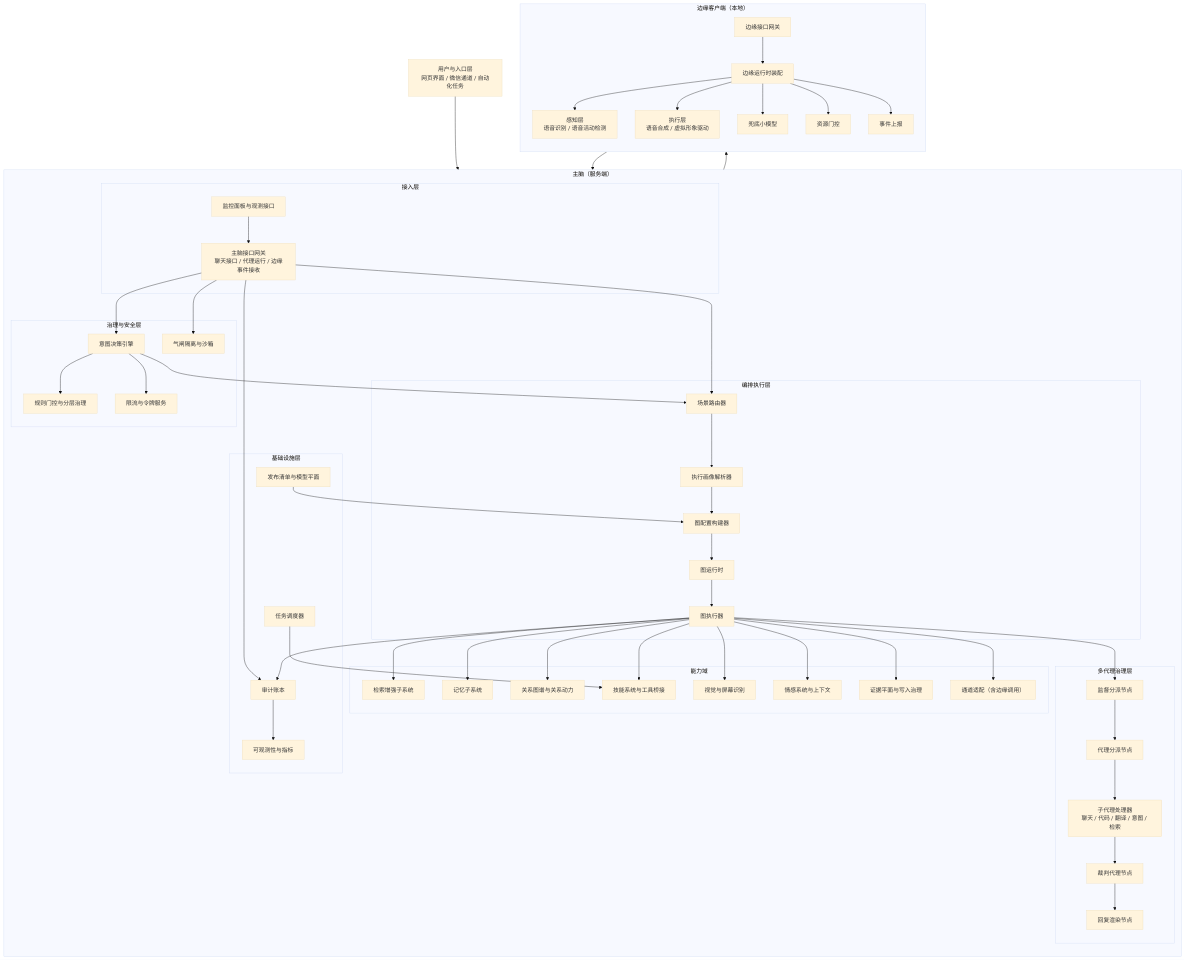
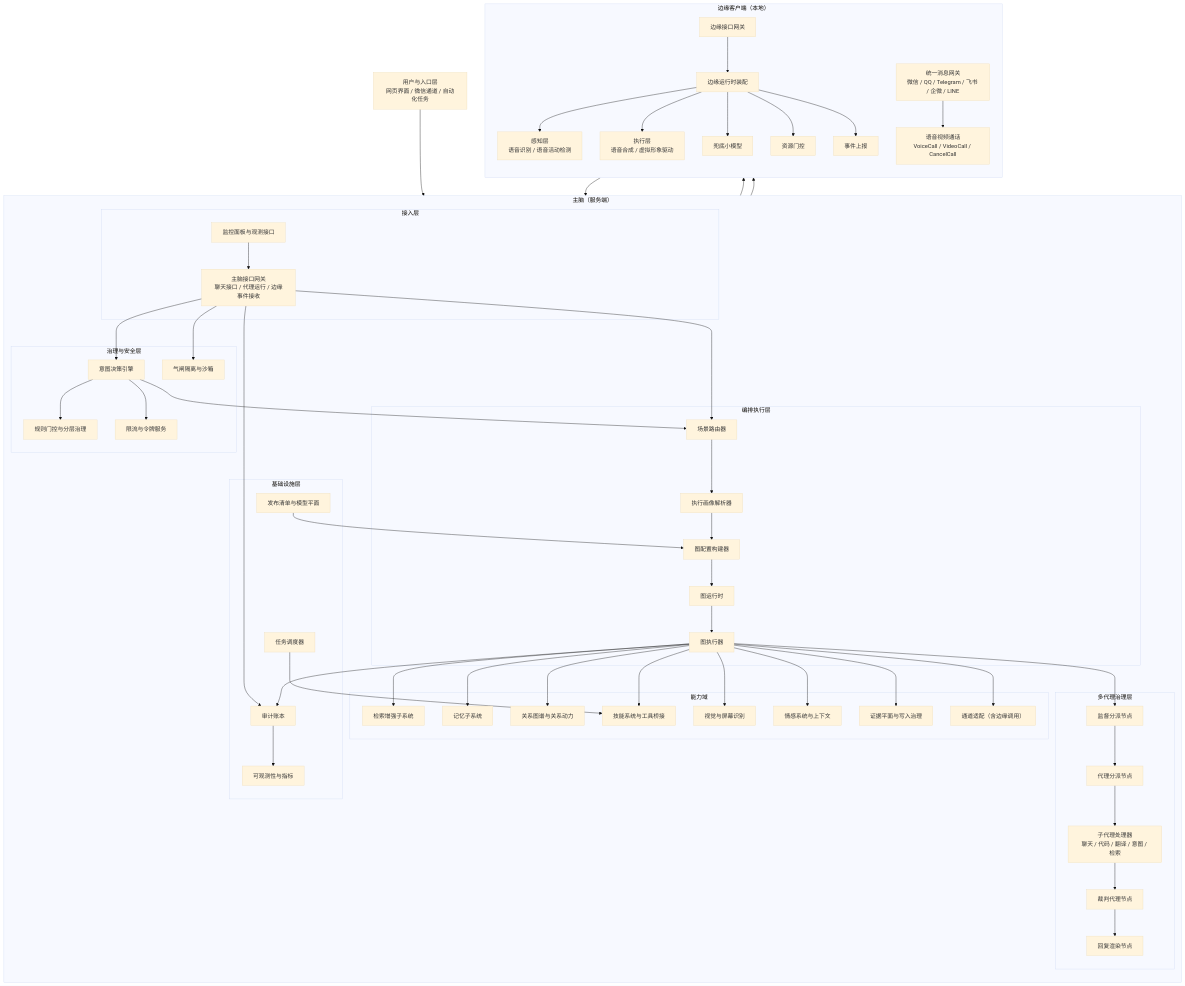
One commit to SakuraYoruno/Natsume_Ai changed the diagram in README.md. Above: the diagram before and after it, drawn with Mermaid (base theme). The commit also changed other lines of this file, not shown here.

````diff
--- a/README.md
+++ b/README.md
@@ -121,6 +124,8 @@
         EFALL["兜底小模型"]
         EGATE["资源门控"]
         EREPORT["事件上报"]
+        EGWAY["统一消息网关<br/>微信 / QQ / Telegram / 飞书 / 企微 / LINE"]
+        ECALL["语音视频通话<br/>VoiceCall / VideoCall / CancelCall"]
     end
 
     USER --> HAPI
@@ -147,11 +152,13 @@
     SCHED --> SKILL
     RELEASE --> GCFG
     CHAN --> EAPI
+    CHAN --> EGWAY
     EAPI --> ERUN
     ERUN --> ESENSE
     ERUN --> EACT
     ERUN --> EFALL
     ERUN --> EGATE
     ERUN --> EREPORT
+    EGWAY --> ECALL
     EREPORT --> HAPI
 ```
````
